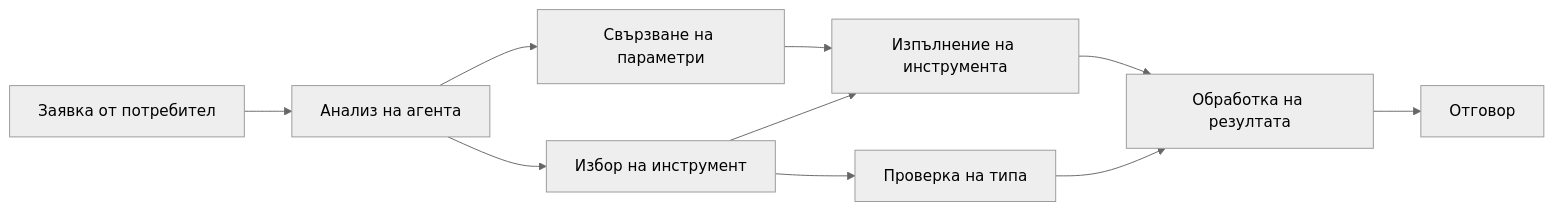
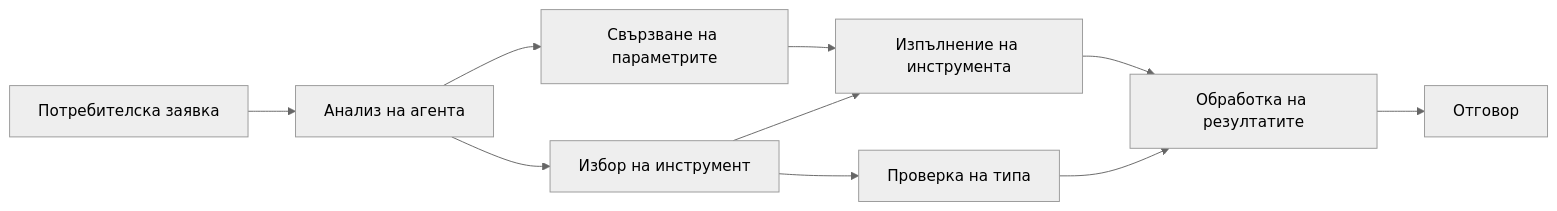
Before and after one commit to venturemavenwill/azureaifundamentals: the diagram in translations/bg/04-tool-use/code_samples/04-dotnet-agent-framework.md, drawn with Mermaid (neutral theme). The commit also changed other lines of this file and 2002 other files, not shown here.

````diff
--- a/translations/bg/04-tool-use/code_samples/04-dotnet-agent-framework.md
+++ b/translations/bg/04-tool-use/code_samples/04-dotnet-agent-framework.md
@@ -40,12 +40,12 @@
 ```mermaid
 graph LR
-    A[Заявка от потребител] --> B[Анализ на агента]
+    A[Потребителска заявка] --> B[Анализ на агента]
     B --> C[Избор на инструмент]
     C --> D[Проверка на типа]
-    B --> E[Свързване на параметри]
+    B --> E[Свързване на параметрите]
     E --> F[Изпълнение на инструмента]
     C --> F
-    F --> G[Обработка на резултата]
+    F --> G[Обработка на резултатите]
     D --> G
     G --> H[Отговор]
 ```
````
